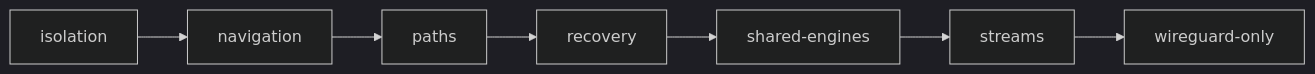
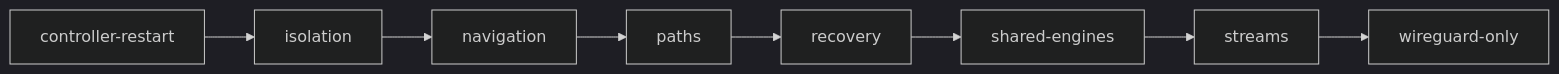
One commit to sergimn/AceSwarm changed the sixth of 12 diagrams in e2e/README.md. Above: the diagram before and after it, drawn with Mermaid (dark theme). The commit also changed other lines of this file and 19 other files, not shown here.

First line of the commit message:
Keep streams playing while the controller restarts

````diff
--- a/e2e/README.md
+++ b/e2e/README.md
@@ -172,4 +172,4 @@
 ```mermaid
 flowchart LR
-  I[isolation] --> N[navigation] --> P[paths] --> R[recovery] --> SE[shared-engines] --> S[streams] --> W[wireguard-only]
+  CR[controller-restart] --> I[isolation] --> N[navigation] --> P[paths] --> R[recovery] --> SE[shared-engines] --> S[streams] --> W[wireguard-only]
 ```
````
